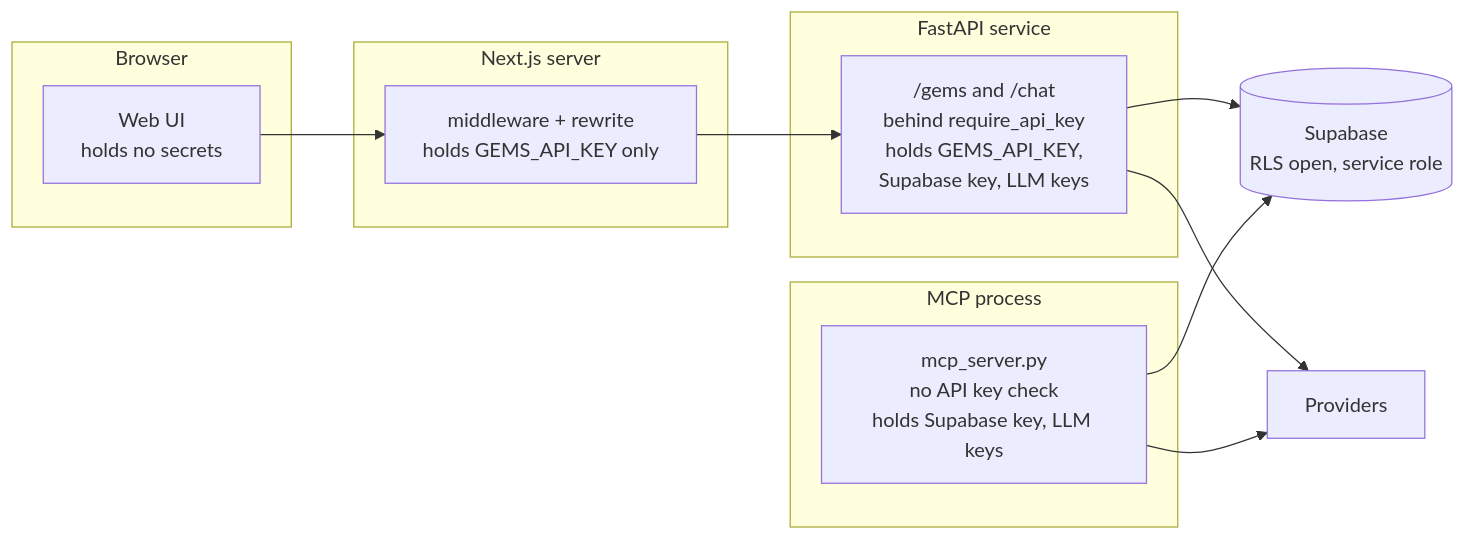
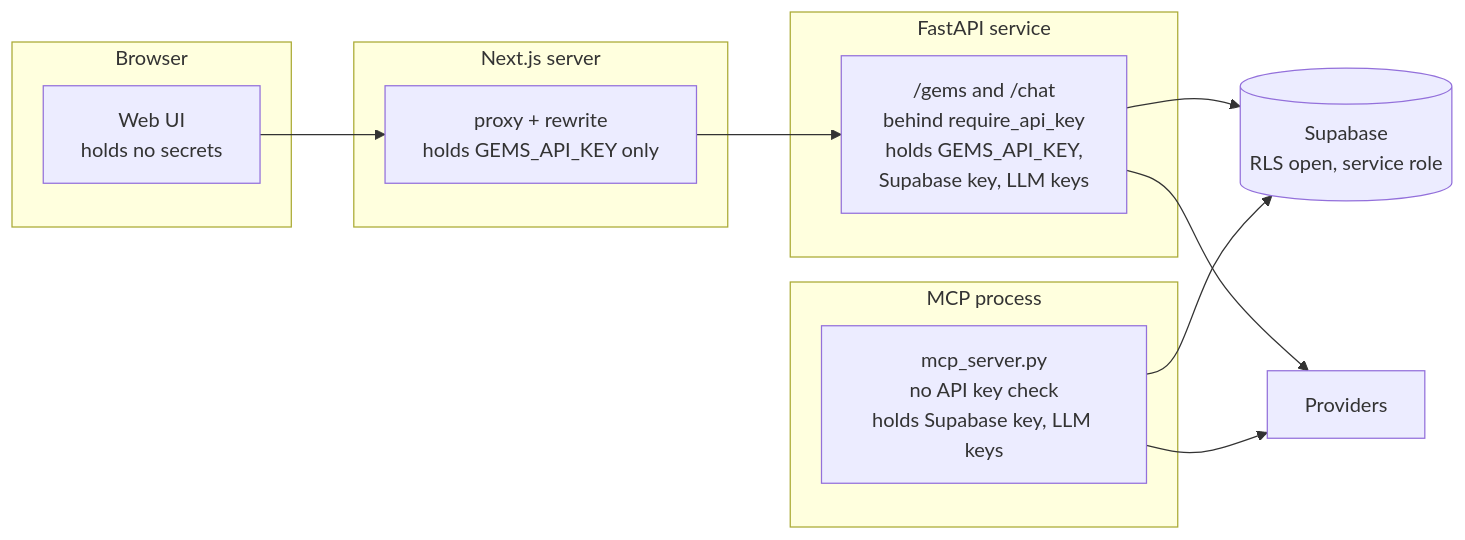
One commit to poyfather/gemsAPI changed the eighth of 9 diagrams in ARCHITECTURE.md. Above: the diagram before and after it, drawn with Mermaid. The commit also changed other lines of this file and 14 other files, not shown here.

First line of the commit message:
Move the frontend to Next.js 16 and React 19 (roadmap item 7) (#27)

````diff
--- a/ARCHITECTURE.md
+++ b/ARCHITECTURE.md
@@ -270,22 +270,22 @@
 ```mermaid
 flowchart LR
     subgraph z1["Browser"]
         UI2["Web UI<br/>holds no secrets"]
     end
     subgraph z2["Next.js server"]
-        MW2["middleware + rewrite<br/>holds GEMS_API_KEY only"]
+        MW2["proxy + rewrite<br/>holds GEMS_API_KEY only"]
     end
     subgraph z3["FastAPI service"]
         API2["/gems and /chat<br/>behind require_api_key<br/>holds GEMS_API_KEY,<br/>Supabase key, LLM keys"]
     end
     subgraph z4["MCP process"]
         MCP2["mcp_server.py<br/>no API key check<br/>holds Supabase key, LLM keys"]
     end
     SUP2[("Supabase<br/>RLS open, service role")]
     PROV["Providers"]
 
     UI2 --> MW2 --> API2 --> SUP2
     API2 --> PROV
     MCP2 --> SUP2
     MCP2 --> PROV
 ```
````
